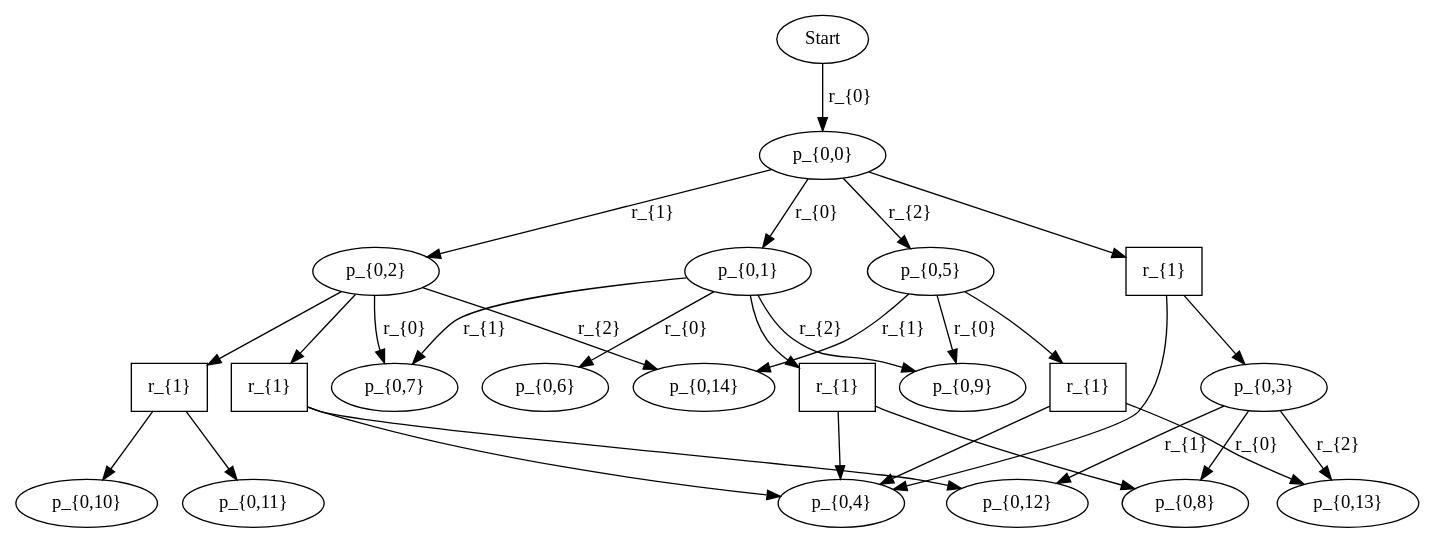
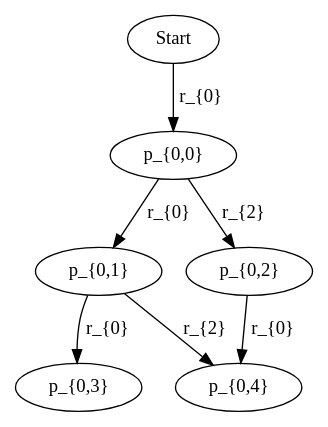
Before and after one commit to lazh01/Kemoinformatik: the diagram in catalan/out/027_dg_0_10100.dot, drawn with Graphviz. The commit also changed 217 other files, not shown here.

```diff
--- a/catalan/out/027_dg_0_10100.dot
+++ b/catalan/out/027_dg_0_10100.dot
@@ -1,93 +1,27 @@
 digraph g {
 
 // id = 0, graphName = Start
 "0-0" [ shape=ellipse label="Start" ];
 // id = 1, graphName = p_{0,0}
 "1-0" [ shape=ellipse label="p_{0,0}" ];
 // id = 3, graphName = p_{0,1}
 "3-0" [ shape=ellipse label="p_{0,1}" ];
 // id = 5, graphName = p_{0,2}
 "5-0" [ shape=ellipse label="p_{0,2}" ];
 // id = 7, graphName = p_{0,3}
 "7-0" [ shape=ellipse label="p_{0,3}" ];
-// id = 8, graphName = p_{0,4}
-"8-0" [ shape=ellipse label="p_{0,4}" ];
-// id = 10, graphName = p_{0,5}
-"10-0" [ shape=ellipse label="p_{0,5}" ];
-// id = 12, graphName = p_{0,6}
-"12-0" [ shape=ellipse label="p_{0,6}" ];
-// id = 14, graphName = p_{0,7}
-"14-0" [ shape=ellipse label="p_{0,7}" ];
-// id = 16, graphName = p_{0,8}
-"16-0" [ shape=ellipse label="p_{0,8}" ];
-// id = 18, graphName = p_{0,9}
-"18-0" [ shape=ellipse label="p_{0,9}" ];
-// id = 22, graphName = p_{0,10}
-"22-0" [ shape=ellipse label="p_{0,10}" ];
-// id = 23, graphName = p_{0,11}
-"23-0" [ shape=ellipse label="p_{0,11}" ];
-// id = 25, graphName = p_{0,12}
-"25-0" [ shape=ellipse label="p_{0,12}" ];
-// id = 28, graphName = p_{0,13}
-"28-0" [ shape=ellipse label="p_{0,13}" ];
-// id = 30, graphName = p_{0,14}
-"30-0" [ shape=ellipse label="p_{0,14}" ];
-// id = 9{ 'p_{0,0}' }, 'RemoveSingleR', { 'p_{0,3}' 'p_{0,4}' }
-"9-0" [ shape=box label="r_{1}" ];
-// id = 21{ 'p_{0,1}' }, 'RemoveSingleR', { 'p_{0,4}' 'p_{0,8}' }
-"21-0" [ shape=box label="r_{1}" ];
-// id = 24{ 'p_{0,2}' }, 'RemoveSingleR', { 'p_{0,10}' 'p_{0,11}' }
-"24-0" [ shape=box label="r_{1}" ];
-// id = 26{ 'p_{0,2}' }, 'RemoveSingleR', { 'p_{0,4}' 'p_{0,12}' }
-"26-0" [ shape=box label="r_{1}" ];
-// id = 29{ 'p_{0,5}' }, 'RemoveSingleR', { 'p_{0,4}' 'p_{0,13}' }
-"29-0" [ shape=box label="r_{1}" ];
+// id = 9, graphName = p_{0,4}
+"9-0" [ shape=ellipse label="p_{0,4}" ];
 // id = 2{ 'Start' }, 'Mark for conversion', { 'p_{0,0}' }
 "0-0" -> "1-0" [ label="r_{0}" ];
 // id = 4{ 'p_{0,0}' }, 'Mark for conversion', { 'p_{0,1}' }
 "1-0" -> "3-0" [ label="r_{0}" ];
-// id = 6{ 'p_{0,0}' }, 'RemoveSingleR', { 'p_{0,2}' }
-"1-0" -> "5-0" [ label="r_{1}" ];
-// id = 9{ 'p_{0,0}' }, 'RemoveSingleR', { 'p_{0,3}' 'p_{0,4}' }
-"1-0" -> "9-0" [ ];
-"9-0" -> "7-0" [ ];
-"9-0" -> "8-0" [ ];
-// id = 11{ 'p_{0,0}' }, 'reattachExternalEdge', { 'p_{0,5}' }
-"1-0" -> "10-0" [ label="r_{2}" ];
-// id = 13{ 'p_{0,1}' }, 'Mark for conversion', { 'p_{0,6}' }
-"3-0" -> "12-0" [ label="r_{0}" ];
-// id = 15{ 'p_{0,2}' }, 'Mark for conversion', { 'p_{0,7}' }
-"5-0" -> "14-0" [ label="r_{0}" ];
-// id = 17{ 'p_{0,3}' }, 'Mark for conversion', { 'p_{0,8}' }
-"7-0" -> "16-0" [ label="r_{0}" ];
-// id = 19{ 'p_{0,5}' }, 'Mark for conversion', { 'p_{0,9}' }
-"10-0" -> "18-0" [ label="r_{0}" ];
-// id = 20{ 'p_{0,1}' }, 'RemoveSingleR', { 'p_{0,7}' }
-"3-0" -> "14-0" [ label="r_{1}" ];
-// id = 21{ 'p_{0,1}' }, 'RemoveSingleR', { 'p_{0,4}' 'p_{0,8}' }
-"3-0" -> "21-0" [ ];
-"21-0" -> "8-0" [ ];
-"21-0" -> "16-0" [ ];
-// id = 24{ 'p_{0,2}' }, 'RemoveSingleR', { 'p_{0,10}' 'p_{0,11}' }
-"5-0" -> "24-0" [ ];
-"24-0" -> "22-0" [ ];
-"24-0" -> "23-0" [ ];
-// id = 26{ 'p_{0,2}' }, 'RemoveSingleR', { 'p_{0,4}' 'p_{0,12}' }
-"5-0" -> "26-0" [ ];
-"26-0" -> "8-0" [ ];
-"26-0" -> "25-0" [ ];
-// id = 27{ 'p_{0,3}' }, 'RemoveSingleR', { 'p_{0,12}' }
-"7-0" -> "25-0" [ label="r_{1}" ];
-// id = 29{ 'p_{0,5}' }, 'RemoveSingleR', { 'p_{0,4}' 'p_{0,13}' }
-"10-0" -> "29-0" [ ];
-"29-0" -> "8-0" [ ];
-"29-0" -> "28-0" [ ];
-// id = 31{ 'p_{0,5}' }, 'RemoveSingleR', { 'p_{0,14}' }
-"10-0" -> "30-0" [ label="r_{1}" ];
-// id = 32{ 'p_{0,1}' }, 'reattachExternalEdge', { 'p_{0,9}' }
-"3-0" -> "18-0" [ label="r_{2}" ];
-// id = 33{ 'p_{0,2}' }, 'reattachExternalEdge', { 'p_{0,14}' }
-"5-0" -> "30-0" [ label="r_{2}" ];
-// id = 34{ 'p_{0,3}' }, 'reattachExternalEdge', { 'p_{0,13}' }
-"7-0" -> "28-0" [ label="r_{2}" ];
+// id = 6{ 'p_{0,0}' }, 'reattachExternalEdge', { 'p_{0,2}' }
+"1-0" -> "5-0" [ label="r_{2}" ];
+// id = 8{ 'p_{0,1}' }, 'Mark for conversion', { 'p_{0,3}' }
+"3-0" -> "7-0" [ label="r_{0}" ];
+// id = 10{ 'p_{0,2}' }, 'Mark for conversion', { 'p_{0,4}' }
+"5-0" -> "9-0" [ label="r_{0}" ];
+// id = 11{ 'p_{0,1}' }, 'reattachExternalEdge', { 'p_{0,4}' }
+"3-0" -> "9-0" [ label="r_{2}" ];
 }
```
